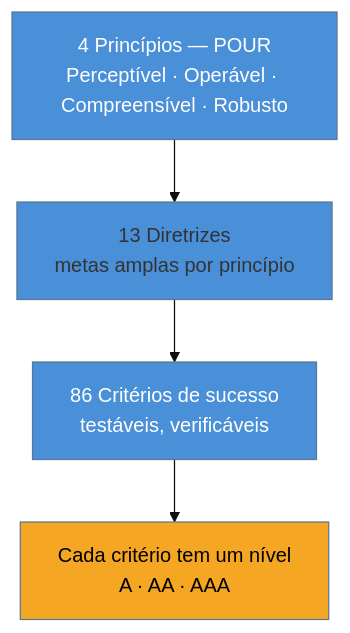
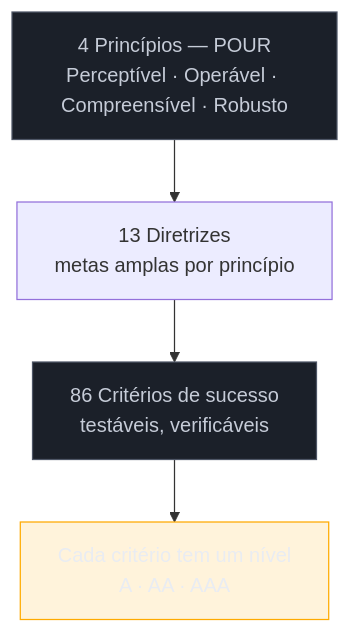
One commit to josenaldo/codex-technomanticus changed the diagram in 03-Dominios/Tecnologia/Acessibilidade/Fundamentos e Modelo Mental/04 - WCAG 2.2 pelo ofício.md. Above: the diagram before and after it, drawn with Mermaid. The commit also changed 1181 other files, not shown here.

First line of the commit message:
fix(diagramas): paleta do sistema no lugar de cor cravada no markdown

````diff
--- a/03-Dominios/Tecnologia/Acessibilidade/Fundamentos e Modelo Mental/04 - WCAG 2.2 pelo ofício.md
+++ b/03-Dominios/Tecnologia/Acessibilidade/Fundamentos e Modelo Mental/04 - WCAG 2.2 pelo ofício.md
@@ -36,11 +36,12 @@
 ```mermaid
-%%{init: {"theme": "base", "themeVariables": {"primaryColor": "#4A90D9"}}}%%
 graph TD
+    classDef neutro fill:#1B2029,stroke:#4E5666,color:#C6CCD8
+    classDef destaque fill:#FFAA0024,stroke:#FFAA00,color:#E9ECF2
     P["4 Princípios — POUR<br/>Perceptível · Operável · Compreensível · Robusto"]
     P --> G["13 Diretrizes<br/>metas amplas por princípio"]
     G --> SC["86 Critérios de sucesso<br/>testáveis, verificáveis"]
     SC --> L["Cada critério tem um nível<br/>A · AA · AAA"]
-    style P fill:#4A90D9,color:#fff
-    style SC fill:#4A90D9,color:#fff
-    style L fill:#F5A623,color:#000
+    class P neutro
+    class SC neutro
+    class L destaque
 ```
````
